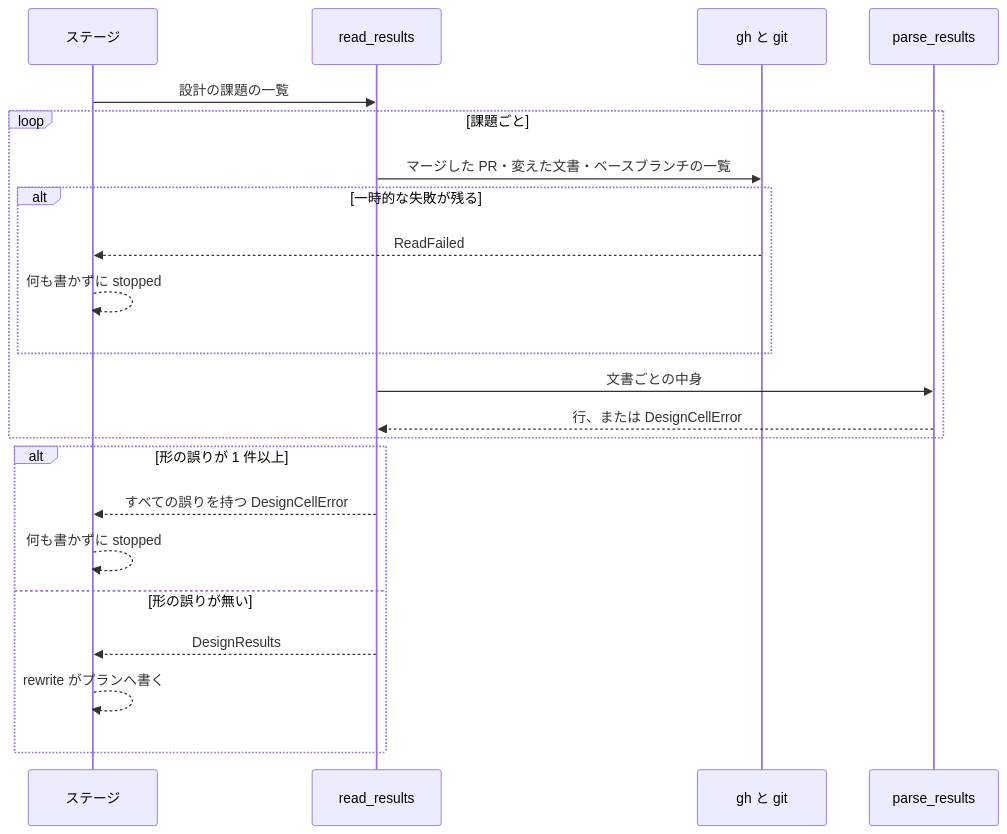
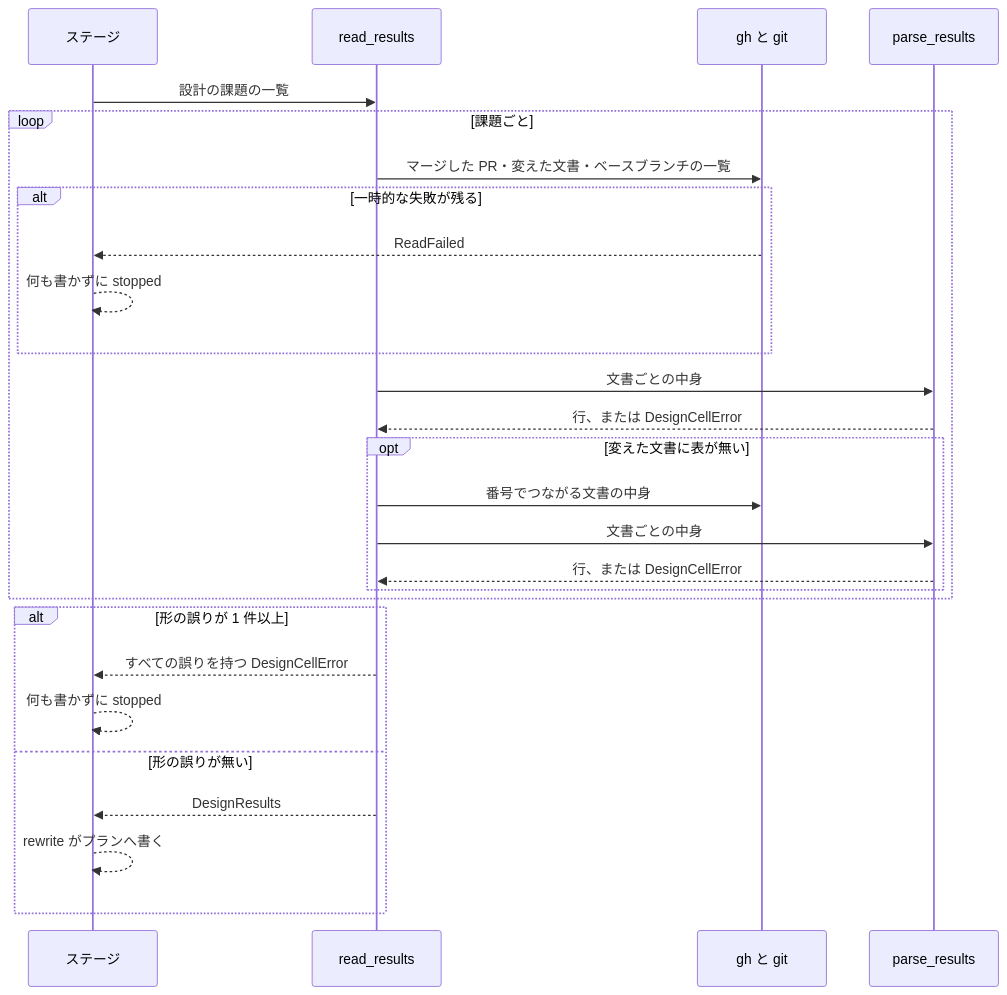
One commit to devbasex/ai-plugins changed the third of 3 diagrams in issues/issue-2453-design.md. Above: the diagram before and after it, drawn with Mermaid. The commit also changed other lines of this file, not shown here.

````diff
--- a/issues/issue-2453-design.md
+++ b/issues/issue-2453-design.md
@@ -275,24 +292,29 @@
 ```mermaid
 sequenceDiagram
     participant S as ステージ
     participant R as read_results
     participant G as gh と git
     participant P as parse_results
     S->>R: 設計の課題の一覧
     loop 課題ごと
         R->>G: マージした PR・変えた文書・ベースブランチの一覧
         alt 一時的な失敗が残る
             G-->>S: ReadFailed
             S-->>S: 何も書かずに stopped
         end
         R->>P: 文書ごとの中身
         P-->>R: 行、または DesignCellError
+        opt 変えた文書に表が無い
+            R->>G: 番号でつながる文書の中身
+            R->>P: 文書ごとの中身
+            P-->>R: 行、または DesignCellError
+        end
     end
     alt 形の誤りが 1 件以上
         R-->>S: すべての誤りを持つ DesignCellError
         S-->>S: 何も書かずに stopped
     else 形の誤りが無い
         R-->>S: DesignResults
         S-->>S: rewrite がプランへ書く
     end
 ```
````
